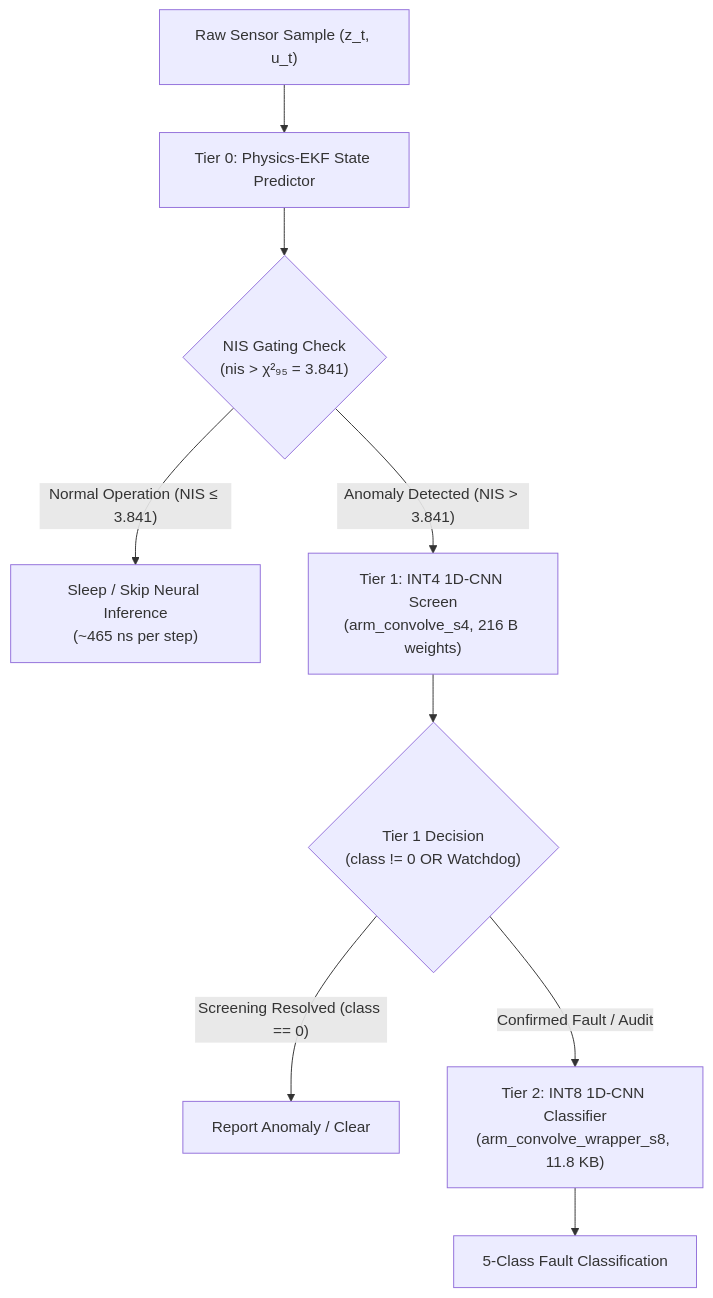
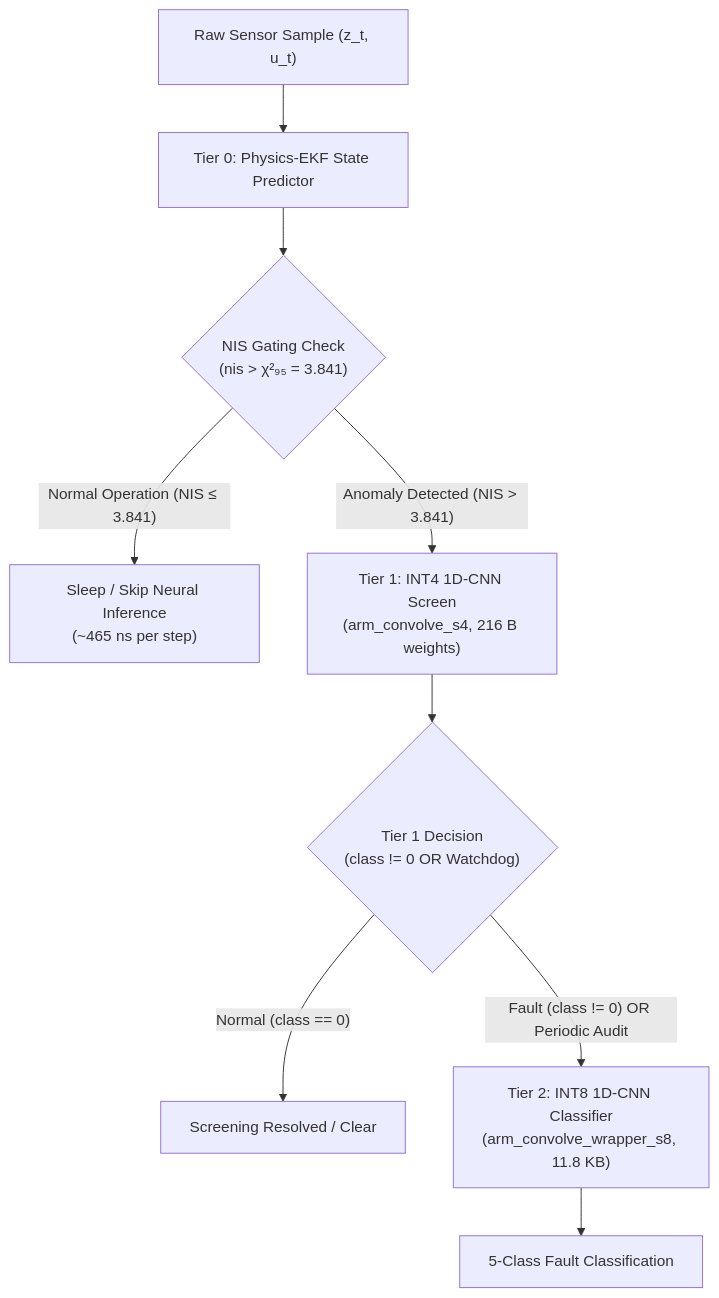
One commit to Vignesh-Er/ARM-AI-Optimisation-challenge_2026 changed the diagram in README.md. Above: the diagram before and after it, drawn with Mermaid. The commit also changed other lines of this file and 1 other file, not shown here.

Commit message:
docs: finalize benchmark provenance and cascade diagram accuracy

````diff
--- a/README.md
+++ b/README.md
@@ -23,11 +23,11 @@
 ```mermaid
 graph TD
     A["Raw Sensor Sample (z_t, u_t)"] --> B["Tier 0: Physics-EKF State Predictor"]
     B --> C{"NIS Gating Check\n(nis > χ²₉₅ = 3.841)"}
     C -- "Normal Operation (NIS ≤ 3.841)" --> D["Sleep / Skip Neural Inference\n(~465 ns per step)"]
     C -- "Anomaly Detected (NIS > 3.841)" --> E["Tier 1: INT4 1D-CNN Screen\n(arm_convolve_s4, 216 B weights)"]
     E --> F{"Tier 1 Decision\n(class != 0 OR Watchdog)"}
-    F -- "Screening Resolved (class == 0)" --> G["Report Anomaly / Clear"]
-    F -- "Confirmed Fault / Audit" --> H["Tier 2: INT8 1D-CNN Classifier\n(arm_convolve_wrapper_s8, 11.8 KB)"]
+    F -- "Normal (class == 0)" --> G["Screening Resolved / Clear"]
+    F -- "Fault (class != 0) OR Periodic Audit" --> H["Tier 2: INT8 1D-CNN Classifier\n(arm_convolve_wrapper_s8, 11.8 KB)"]
     H --> I["5-Class Fault Classification"]
 ```
````
